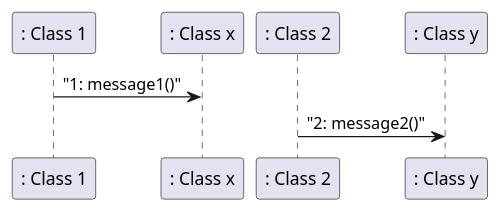
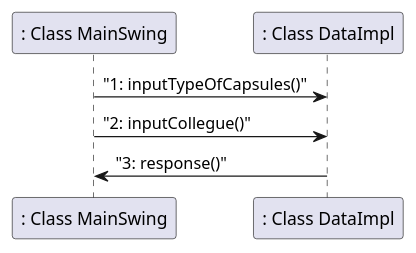
Before and after one commit to salvatore-dimartino/LaTazza: the sixth of 7 diagrams in templates/DesignDocumentTemplate.md, drawn with PlantUML. The commit also changed other lines of this file, not shown here.

````diff
--- a/templates/DesignDocumentTemplate.md
+++ b/templates/DesignDocumentTemplate.md
@@ -217,4 +218,5 @@
 ```plantuml
-": Class 1" -> ": Class x": "1: message1()"
-": Class 2" -> ": Class y": "2: message2()"
+": Class MainSwing" -> ": Class DataImpl": "1: inputTypeOfCapsules()"
+": Class MainSwing" -> ": Class DataImpl": "2: inputCollegue()"
+": Class DataImpl" -> ": Class MainSwing": "3: response()"
 ```
````
